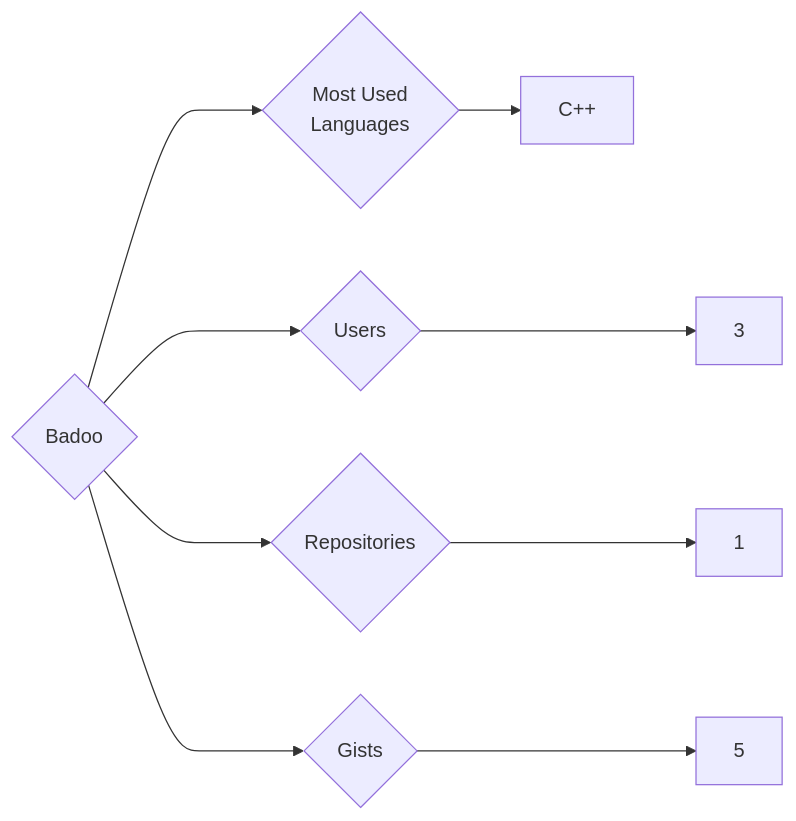
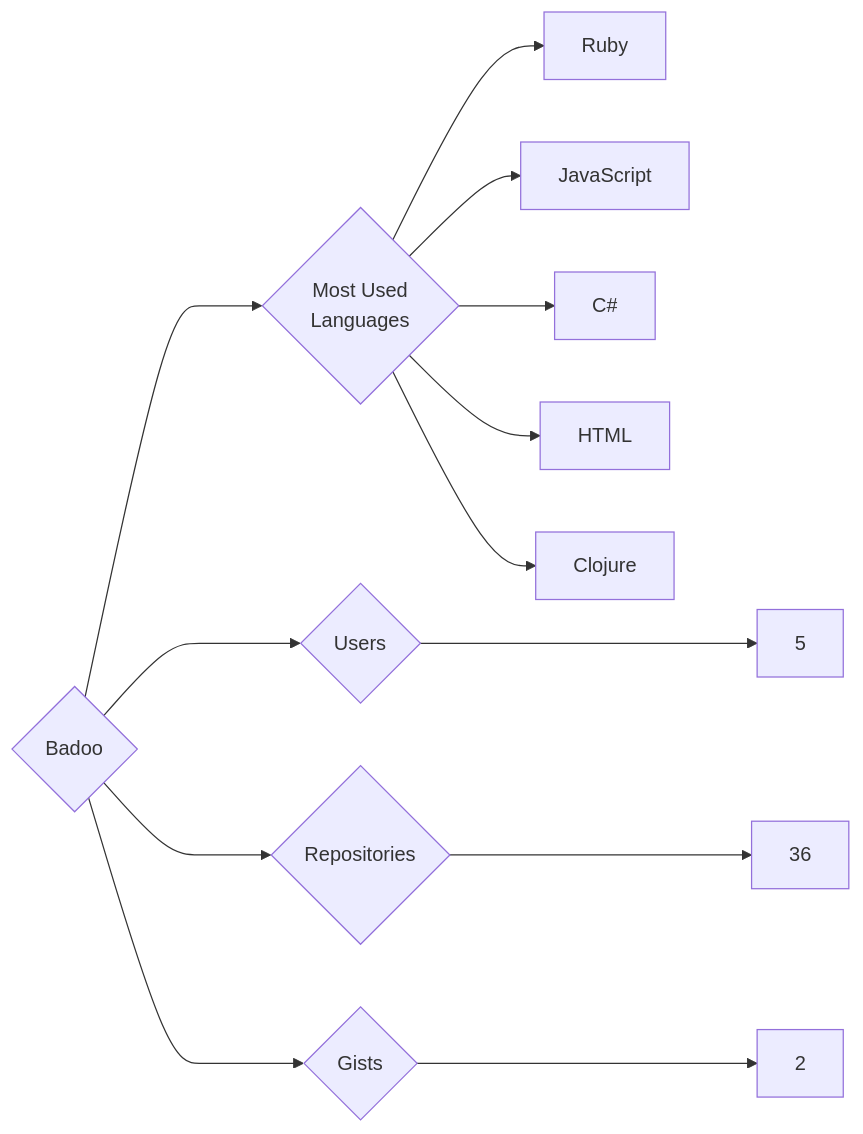
One commit to trickest/insiders changed the diagram in targets/Badoo/README.md. Above: the diagram before and after it, drawn with Mermaid. The commit also changed 611 other files, not shown here.

````diff
--- a/targets/Badoo/README.md
+++ b/targets/Badoo/README.md
@@ -3,9 +3,13 @@
 ```mermaid
 graph LR
 COMPANY_NAME{Badoo}
-COMPANY_NAME ---> U{Users} ---> UN[3]
-COMPANY_NAME ---> R{Repositories} ---> RN[1]
-COMPANY_NAME ---> G{Gists} ---> GN[5]
+COMPANY_NAME ---> U{Users} ---> UN[5]
+COMPANY_NAME ---> R{Repositories} ---> RN[36]
+COMPANY_NAME ---> G{Gists} ---> GN[2]
 COMPANY_NAME ---> ML{Most Used<br>Languages}
-ML --> C++[C++]
+ML --> Ruby[Ruby]
+ML --> JavaScript[JavaScript]
+ML --> C#[C#]
+ML --> HTML[HTML]
+ML --> Clojure[Clojure]
 ```
````
